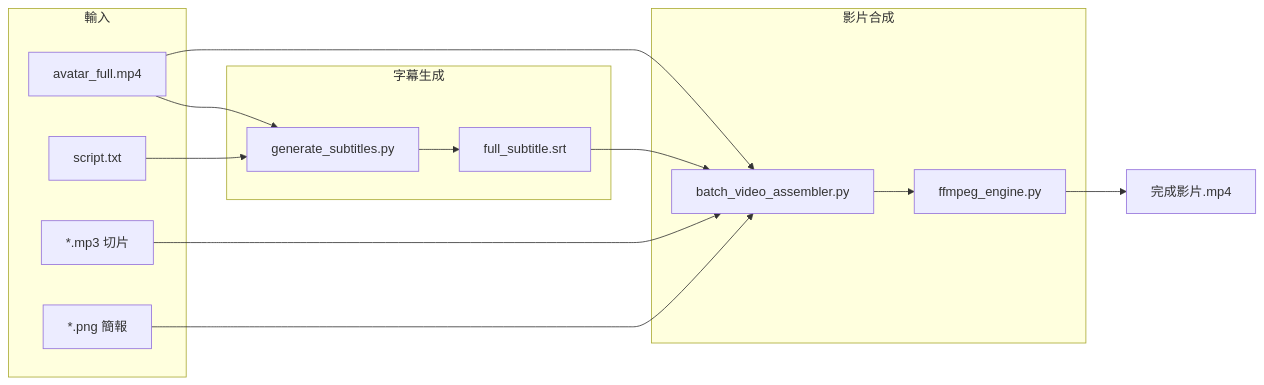
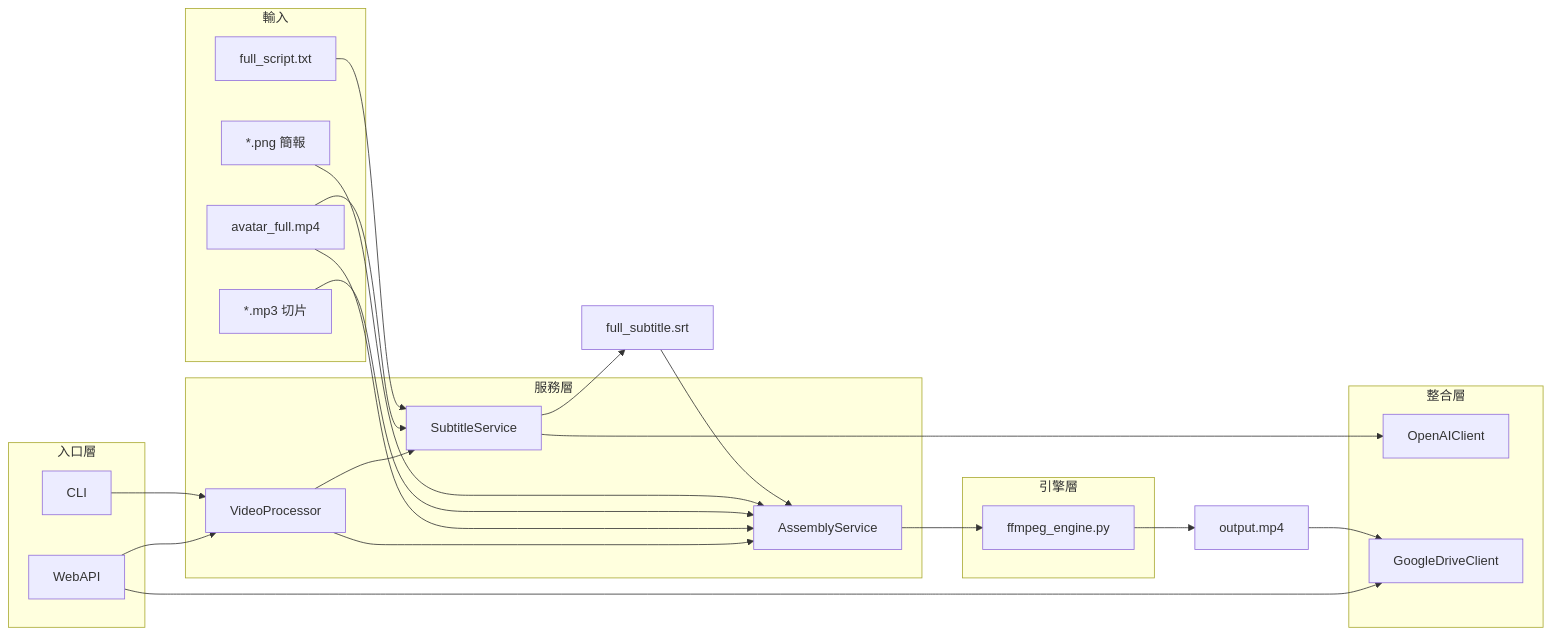
One commit to tomdhyang-byte/video_assembler changed the third of 4 diagrams in CODE_ARCHITECTURE.md. Above: the diagram before and after it, drawn with Mermaid. The commit also changed other lines of this file and 18 other files, not shown here.

Commit message:
refactor: Restructure project into modular api, cli, services, and integrations directories, and introduce new components.

````diff
--- a/CODE_ARCHITECTURE.md
+++ b/CODE_ARCHITECTURE.md
@@ -32,28 +179,49 @@
 ```mermaid
 flowchart LR
     subgraph 輸入
         A[avatar_full.mp4]
-        B[script.txt]
+        B[full_script.txt]
         C[*.mp3 切片]
         D[*.png 簡報]
     end
 
-    subgraph 字幕生成
-        GS[generate_subtitles.py]
-        A --> GS
-        B --> GS
-        GS --> SRT[full_subtitle.srt]
+    subgraph "入口層"
+        API[WebAPI]
+        CLI[CLI]
     end
 
-    subgraph 影片合成
-        BVA[batch_video_assembler.py]
-        ENG[ffmpeg_engine.py]
-        A --> BVA
-        C --> BVA
-        D --> BVA
-        SRT --> BVA
-        BVA --> ENG
+    subgraph "服務層"
+        VP[VideoProcessor]
+        SS[SubtitleService]
+        AS[AssemblyService]
     end
 
-    ENG --> OUT[完成影片.mp4]
+    subgraph "整合層"
+        OAI[OpenAIClient]
+        GD[GoogleDriveClient]
+    end
+
+    subgraph "引擎層"
+        ENG[ffmpeg_engine.py]
+    end
+
+    API --> GD
+    API --> VP
+    CLI --> VP
+    VP --> SS
+    VP --> AS
+    
+    A --> SS
+    B --> SS
+    SS --> OAI
+    SS --> SRT[full_subtitle.srt]
+    
+    A --> AS
+    C --> AS
+    D --> AS
+    SRT --> AS
+    AS --> ENG
+    
+    ENG --> OUT[output.mp4]
+    OUT --> GD
 ```
````
